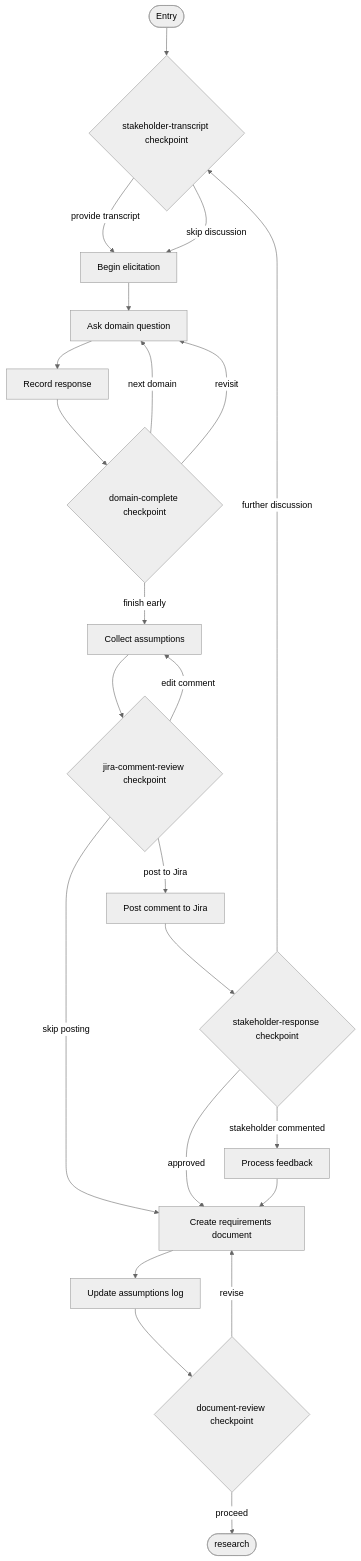
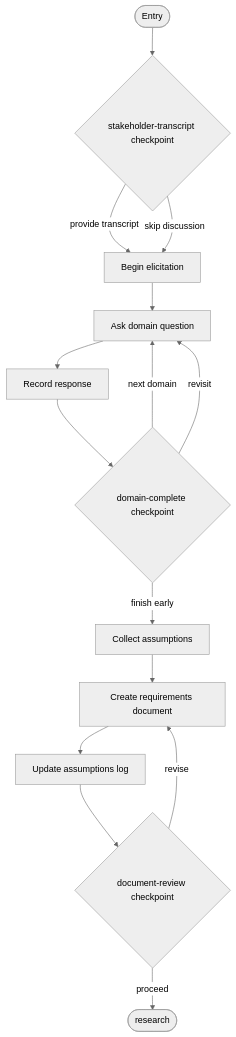
One commit to m2ux/workflow-server changed the third of 13 diagrams in work-package/activities/README.md. Above: the diagram before and after it, drawn with Mermaid (neutral theme). The commit also changed other lines of this file and 11 other files, not shown here.

First line of the commit message:
feat: extract assumptions review into standalone activity (07)

````diff
--- a/work-package/activities/README.md
+++ b/work-package/activities/README.md
@@ -195,29 +191,19 @@
 ```mermaid
 graph TD
     entryNode(["Entry"]) --> cpStakeholder{"stakeholder-transcript checkpoint"}
     cpStakeholder -->|"provide transcript"| startElicit["Begin elicitation"]
     cpStakeholder -->|"skip discussion"| startElicit
 
     startElicit --> askQuestion["Ask domain question"]
     askQuestion --> recordResponse["Record response"]
     recordResponse --> cpDomain{"domain-complete checkpoint"}
     cpDomain -->|"next domain"| askQuestion
     cpDomain -->|"revisit"| askQuestion
     cpDomain -->|"finish early"| collectAssumptions
 
-    collectAssumptions["Collect assumptions"] --> cpJira{"jira-comment-review checkpoint"}
-    cpJira -->|"post to Jira"| postComment["Post comment to Jira"]
-    cpJira -->|"edit comment"| collectAssumptions
-    cpJira -->|"skip posting"| createDoc
-
-    postComment --> cpResponse{"stakeholder-response checkpoint"}
-    cpResponse -->|"stakeholder commented"| processComment["Process feedback"]
-    cpResponse -->|"approved"| createDoc
-    cpResponse -->|"further discussion"| cpStakeholder
-
-    processComment --> createDoc["Create requirements document"]
+    collectAssumptions["Collect assumptions"] --> createDoc["Create requirements document"]
     createDoc --> updateLog["Update assumptions log"]
     updateLog --> cpDocReview{"document-review checkpoint"}
     cpDocReview -->|"proceed"| exitNode(["research"])
     cpDocReview -->|"revise"| createDoc
 ```
````
